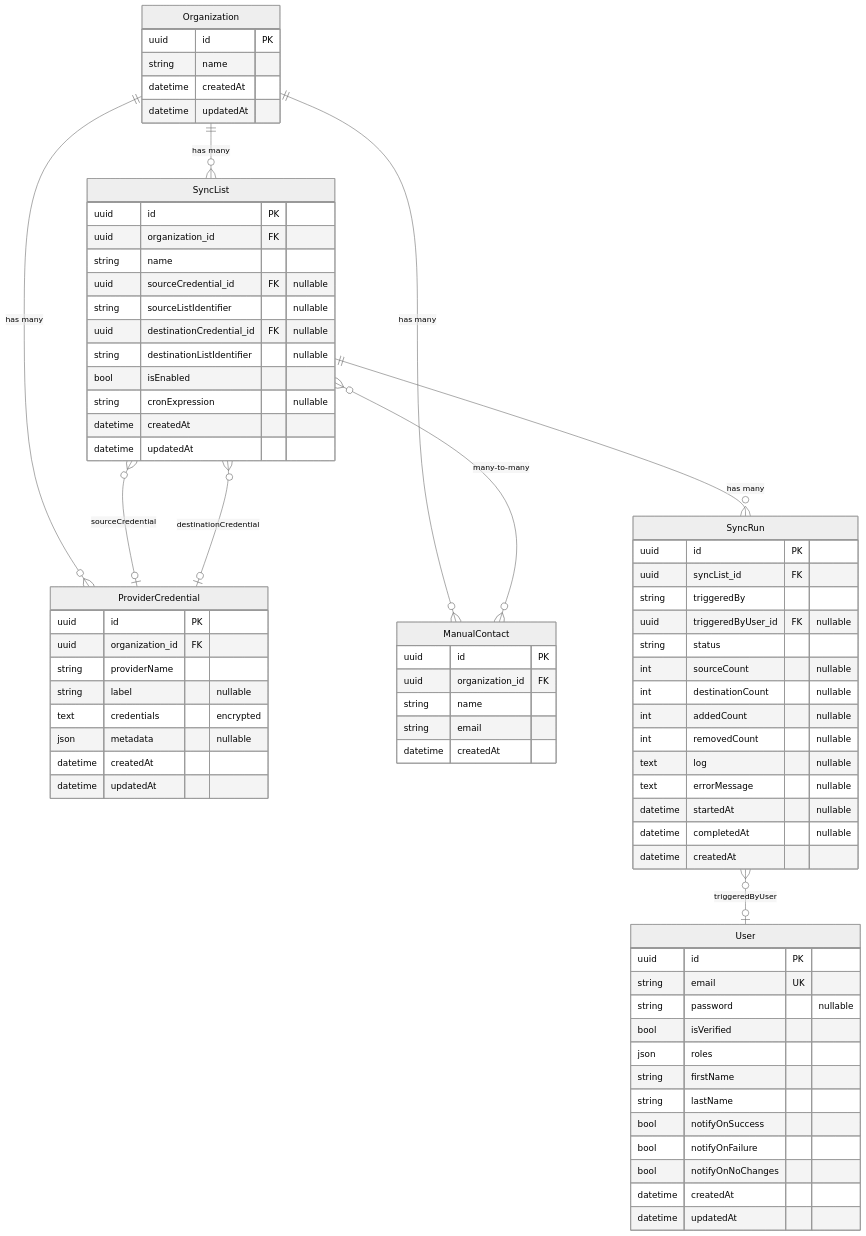
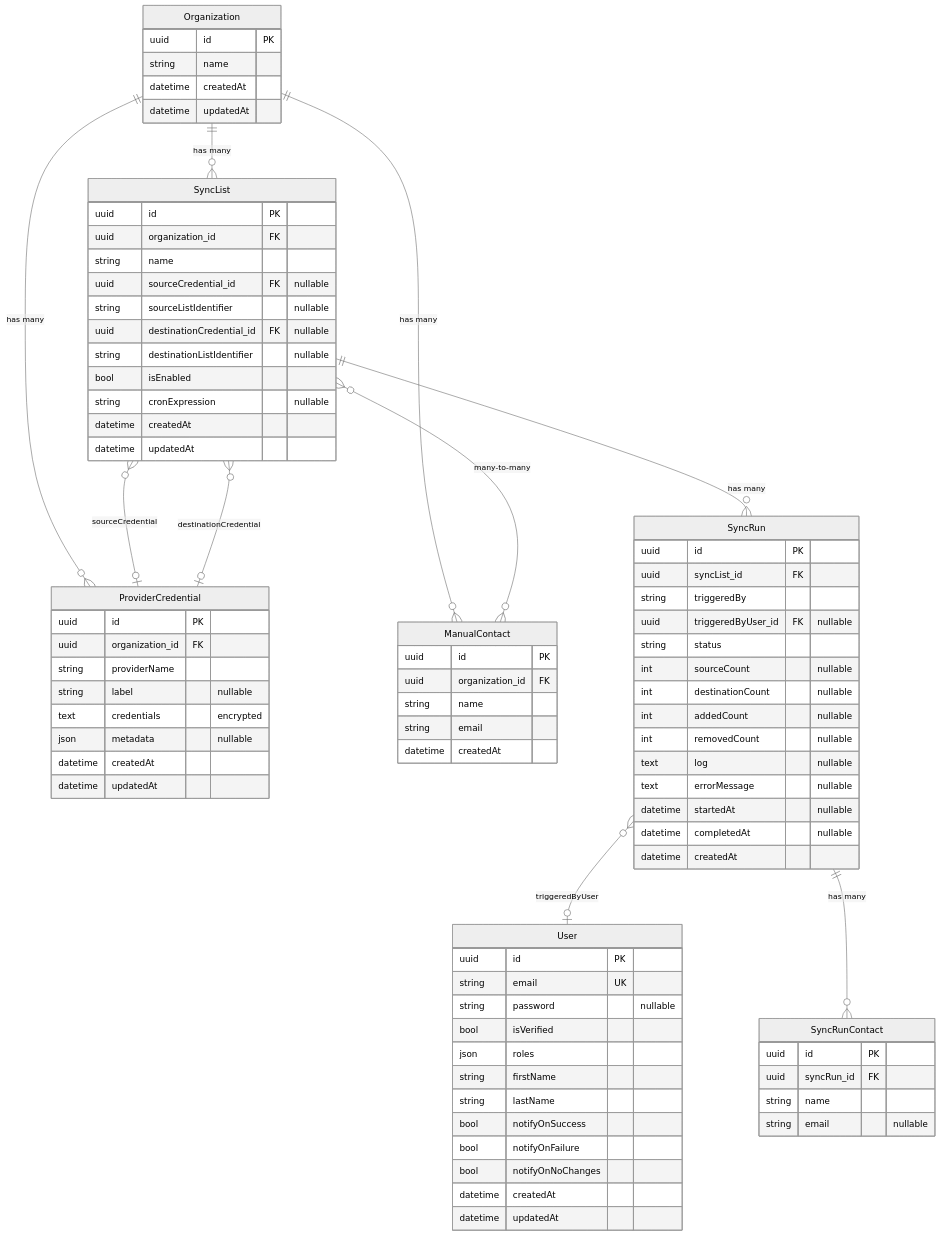
Before and after one commit to nrutman/contacts-sync-web: the diagram in src/Entity/README.md, drawn with Mermaid (neutral theme). The commit also changed other lines of this file and 14 other files, not shown here.

```diff
--- a/src/Entity/README.md
+++ b/src/Entity/README.md
@@ -32,6 +35,7 @@
     SyncList ||--o{ SyncRun : "has many"
     SyncList }o--o{ ManualContact : "many-to-many"
     SyncRun }o--o| User : "triggeredByUser"
+    SyncRun ||--o{ SyncRunContact : "has many"
 
     Organization {
         uuid id PK
@@ -97,6 +101,13 @@
         datetime createdAt
     }
 
+    SyncRunContact {
+        uuid id PK
+        uuid syncRun_id FK
+        string name
+        string email "nullable"
+    }
+
     ManualContact {
         uuid id PK
         uuid organization_id FK
```
